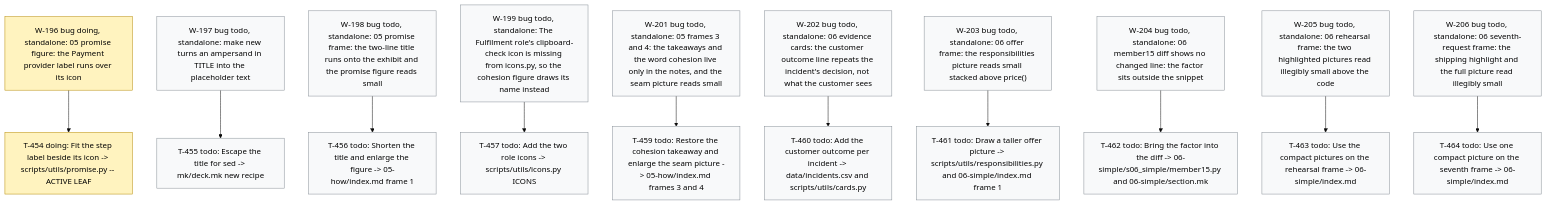
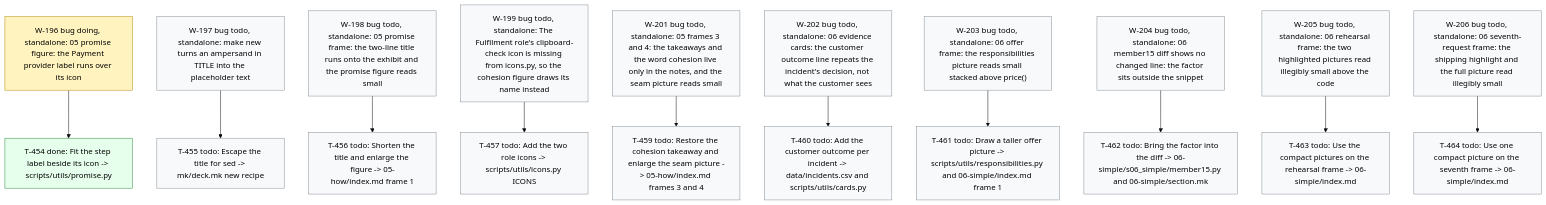
One commit to dpopchev/chaos-to-simple changed the diagram in .board/BOARD.md. Above: the diagram before and after it, drawn with Mermaid (base theme). The commit also changed other lines of this file and 1 other file, not shown here.

Commit message:
chore(board): close T-454 -- W-196 ready to land
Refs: W-196 T-454

````diff
--- a/.board/BOARD.md
+++ b/.board/BOARD.md
@@ -1169,30 +1169,31 @@
 ```mermaid
 flowchart TD
   W196["W-196 bug doing, standalone: 05 promise figure: the Payment provider label runs over its icon"]
-  W196 --> T454["T-454 doing: Fit the step label beside its icon -> scripts/utils/promise.py -- ACTIVE LEAF"]
+  W196 --> T454["T-454 done: Fit the step label beside its icon -> scripts/utils/promise.py"]
   W197["W-197 bug todo, standalone: make new turns an ampersand in TITLE into the placeholder text"]
   W197 --> T455["T-455 todo: Escape the title for sed -> mk/deck.mk new recipe"]
   W198["W-198 bug todo, standalone: 05 promise frame: the two-line title runs onto the exhibit and the promise figure reads small"]
   W198 --> T456["T-456 todo: Shorten the title and enlarge the figure -> 05-how/index.md frame 1"]
   W199["W-199 bug todo, standalone: The Fulfilment role's clipboard-check icon is missing from icons.py, so the cohesion figure draws its name instead"]
   W199 --> T457["T-457 todo: Add the two role icons -> scripts/utils/icons.py ICONS"]
   W201["W-201 bug todo, standalone: 05 frames 3 and 4: the takeaways and the word cohesion live only in the notes, and the seam picture reads small"]
   W201 --> T459["T-459 todo: Restore the cohesion takeaway and enlarge the seam picture -> 05-how/index.md frames 3 and 4"]
   W202["W-202 bug todo, standalone: 06 evidence cards: the customer outcome line repeats the incident's decision, not what the customer sees"]
   W202 --> T460["T-460 todo: Add the customer outcome per incident -> data/incidents.csv and scripts/utils/cards.py"]
   W203["W-203 bug todo, standalone: 06 offer frame: the responsibilities picture reads small stacked above price()"]
   W203 --> T461["T-461 todo: Draw a taller offer picture -> scripts/utils/responsibilities.py and 06-simple/index.md frame 1"]
   W204["W-204 bug todo, standalone: 06 member15 diff shows no changed line: the factor sits outside the snippet"]
   W204 --> T462["T-462 todo: Bring the factor into the diff -> 06-simple/s06_simple/member15.py and 06-simple/section.mk"]
   W205["W-205 bug todo, standalone: 06 rehearsal frame: the two highlighted pictures read illegibly small above the code"]
   W205 --> T463["T-463 todo: Use the compact pictures on the rehearsal frame -> 06-simple/index.md"]
   W206["W-206 bug todo, standalone: 06 seventh-request frame: the shipping highlight and the full picture read illegibly small"]
   W206 --> T464["T-464 todo: Use one compact picture on the seventh frame -> 06-simple/index.md"]
   classDef doing fill:#fff3bf,stroke:#b58900,color:#000;
   classDef blocked fill:#ffe3e3,stroke:#c92a2a,color:#000;
   classDef done fill:#e6ffed,stroke:#2b8a3e,color:#000;
   classDef todo fill:#f8f9fa,stroke:#868e96,color:#000;
   classDef pruned fill:#f1f3f5,stroke:#adb5bd,color:#000;
-  class W196,T454 doing
+  class W196 doing
+  class T454 done
   class W197,T455,W198,T456,W199,T457,W201,T459,W202,T460,W203,T461,W204,T462,W205,T463,W206,T464 todo
 ```
````
